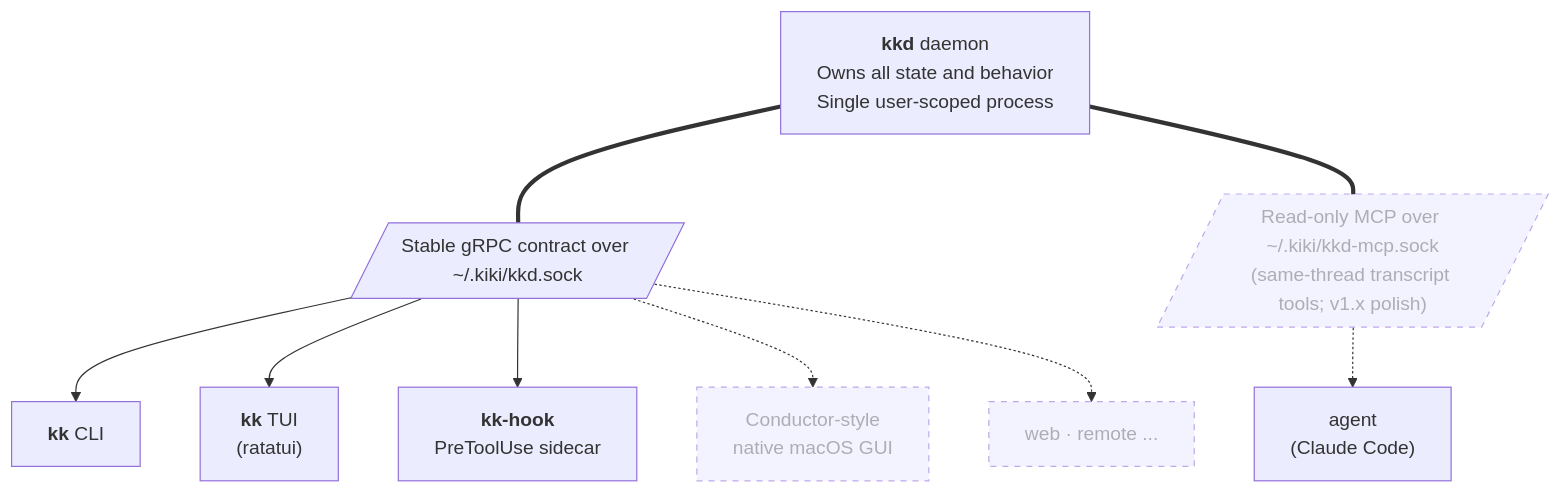
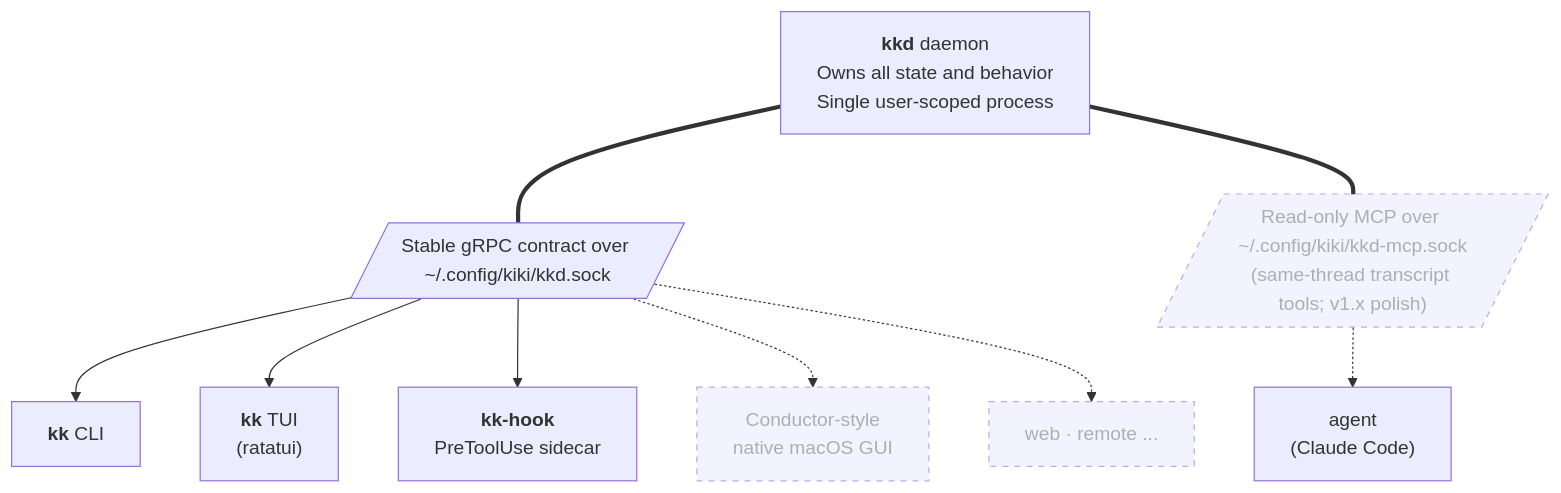
Before and after one commit to skeswa/kiki: the third of 3 diagrams in README.md, drawn with Mermaid. The commit also changed other lines of this file and 19 other files, not shown here.

First line of the commit message:
Standardize kiki state under ~/.config

````diff
--- a/README.md
+++ b/README.md
@@ -143,24 +143,24 @@
 ```mermaid
 graph TD
     kkd["<b>kkd</b> daemon<br/>Owns all state and behavior<br/>Single user-scoped process"]
-    socket[/"Stable gRPC contract over ~/.kiki/kkd.sock"/]
-    mcp[/"Read-only MCP over ~/.kiki/kkd-mcp.sock<br/>(same-thread transcript tools; v1.x polish)"/]
+    socket[/"Stable gRPC contract over ~/.config/kiki/kkd.sock"/]
+    mcp[/"Read-only MCP over ~/.config/kiki/kkd-mcp.sock<br/>(same-thread transcript tools; v1.x polish)"/]
     cli["<b>kk</b> CLI"]
     tui["<b>kk</b> TUI<br/>(ratatui)"]
     hook["<b>kk-hook</b><br/>PreToolUse sidecar"]
     agent["agent<br/>(Claude Code)"]
     gui["Conductor-style<br/>native macOS GUI"]
     remote["web · remote ..."]
 
     kkd === socket
     kkd === mcp
     socket --> cli
     socket --> tui
     socket --> hook
     mcp -.-> agent
     socket -.-> gui
     socket -.-> remote
 
     classDef future stroke-dasharray: 5 5,opacity:0.6
     class mcp,gui,remote future
 ```
````
